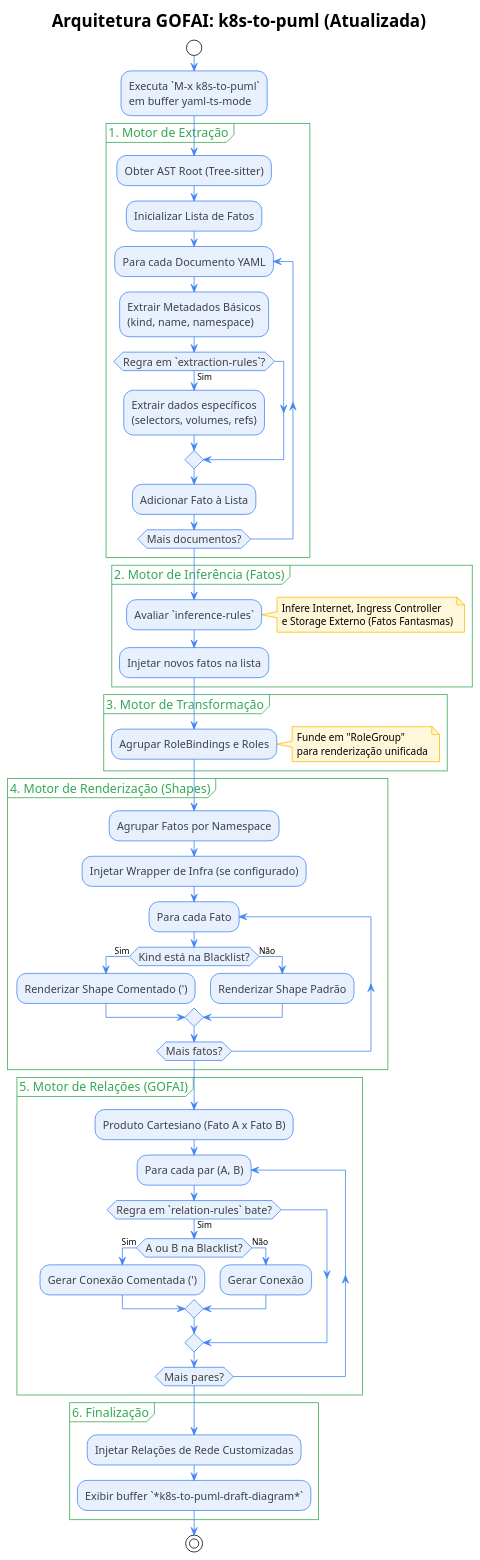
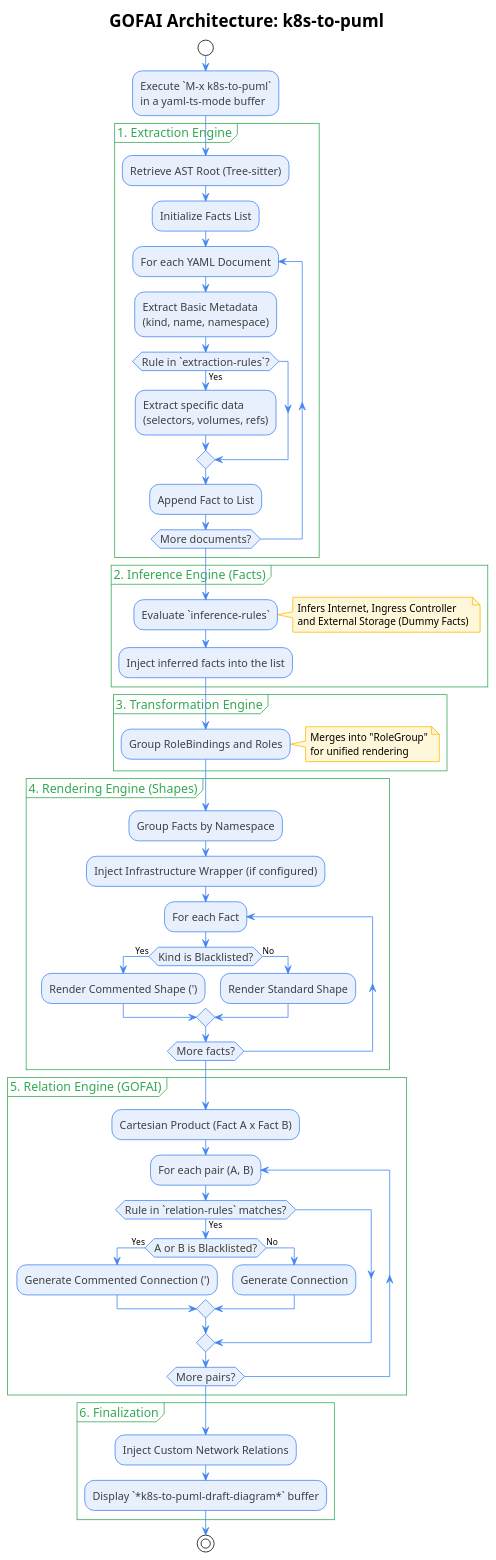
The diagram in assets/puml/k8s-to-puml-architecture.puml (Jeremias-A-Queiroz/k8s-to-puml), drawn with PlantUML before and after one commit. The commit also changed 1 other file, not shown here.

Commit message:
docs(puml): Traduz diagrama de arquitetura para inglês
Atualiza o arquivo PlantUML e a imagem correspondente, alterando os
textos e descrições dos fluxos e motores (Extraction, Inference,
Transformation, Rendering, Relation) do português para o inglês,
visando padronizar a documentação para o público internacional.

```diff
--- a/assets/puml/k8s-to-puml-architecture.puml
+++ b/assets/puml/k8s-to-puml-architecture.puml
@@ -1,80 +1,80 @@
 @startuml
 !theme plain
 skinparam activity {
   BorderColor #4285F4
   BackgroundColor #E8F0FE
   FontColor #3C4043
   FontSize 14
   ArrowColor #4285F4
 }
 skinparam note {
   BackgroundColor #FFF7DA
   BorderColor #FBBC04
 }
 skinparam partition {
   BorderColor #34A853
   BackgroundColor transparent
   FontColor #34A853
   FontSize 16
 }
 
-title Arquitetura GOFAI: k8s-to-puml (Atualizada)
+title GOFAI Architecture: k8s-to-puml
 
 start
-:Executa `M-x k8s-to-puml`\nem buffer yaml-ts-mode;
+:Execute `M-x k8s-to-puml`\nin a yaml-ts-mode buffer;
 
-partition "1. Motor de Extração" {
-  :Obter AST Root (Tree-sitter);
-  :Inicializar Lista de Fatos;
-  repeat :Para cada Documento YAML;
-    :Extrair Metadados Básicos\n(kind, name, namespace);
-    if (Regra em `extraction-rules`?) then (Sim)
-      :Extrair dados específicos\n(selectors, volumes, refs);
+partition "1. Extraction Engine" {
+  :Retrieve AST Root (Tree-sitter);
+  :Initialize Facts List;
+  repeat :For each YAML Document;
+    :Extract Basic Metadata\n(kind, name, namespace);
+    if (Rule in `extraction-rules`?) then (Yes)
+      :Extract specific data\n(selectors, volumes, refs);
     endif
-    :Adicionar Fato à Lista;
-  repeat while (Mais documentos?)
+    :Append Fact to List;
+  repeat while (More documents?)
 }
 
-partition "2. Motor de Inferência (Fatos)" {
-  :Avaliar `inference-rules`;
-  note right: Infere Internet, Ingress Controller\ne Storage Externo (Fatos Fantasmas)
-  :Injetar novos fatos na lista;
+partition "2. Inference Engine (Facts)" {
+  :Evaluate `inference-rules`;
+  note right: Infers Internet, Ingress Controller\nand External Storage (Dummy Facts)
+  :Inject inferred facts into the list;
 }
 
-partition "3. Motor de Transformação" {
-  :Agrupar RoleBindings e Roles;
-  note right: Funde em "RoleGroup"\npara renderização unificada
+partition "3. Transformation Engine" {
+  :Group RoleBindings and Roles;
+  note right: Merges into "RoleGroup"\nfor unified rendering
 }
 
-partition "4. Motor de Renderização (Shapes)" {
-  :Agrupar Fatos por Namespace;
-  :Injetar Wrapper de Infra (se configurado);
-  repeat :Para cada Fato;
-    if (Kind está na Blacklist?) then (Sim)
-      :Renderizar Shape Comentado (');
-    else (Não)
-      :Renderizar Shape Padrão;
+partition "4. Rendering Engine (Shapes)" {
+  :Group Facts by Namespace;
+  :Inject Infrastructure Wrapper (if configured);
+  repeat :For each Fact;
+    if (Kind is Blacklisted?) then (Yes)
+      :Render Commented Shape (');
+    else (No)
+      :Render Standard Shape;
     endif
-  repeat while (Mais fatos?)
+  repeat while (More facts?)
 }
 
-partition "5. Motor de Relações (GOFAI)" {
-  :Produto Cartesiano (Fato A x Fato B);
-  repeat :Para cada par (A, B);
-    if (Regra em `relation-rules` bate?) then (Sim)
-      if (A ou B na Blacklist?) then (Sim)
-        :Gerar Conexão Comentada (');
-      else (Não)
-        :Gerar Conexão;
+partition "5. Relation Engine (GOFAI)" {
+  :Cartesian Product (Fact A x Fact B);
+  repeat :For each pair (A, B);
+    if (Rule in `relation-rules` matches?) then (Yes)
+      if (A or B is Blacklisted?) then (Yes)
+        :Generate Commented Connection (');
+      else (No)
+        :Generate Connection;
       endif
     endif
-  repeat while (Mais pares?)
+  repeat while (More pairs?)
 }
 
-partition "6. Finalização" {
-  :Injetar Relações de Rede Customizadas;
-  :Exibir buffer `*k8s-to-puml-draft-diagram*`;
+partition "6. Finalization" {
+  :Inject Custom Network Relations;
+  :Display `*k8s-to-puml-draft-diagram*` buffer;
 }
 
 stop
 @enduml
```
